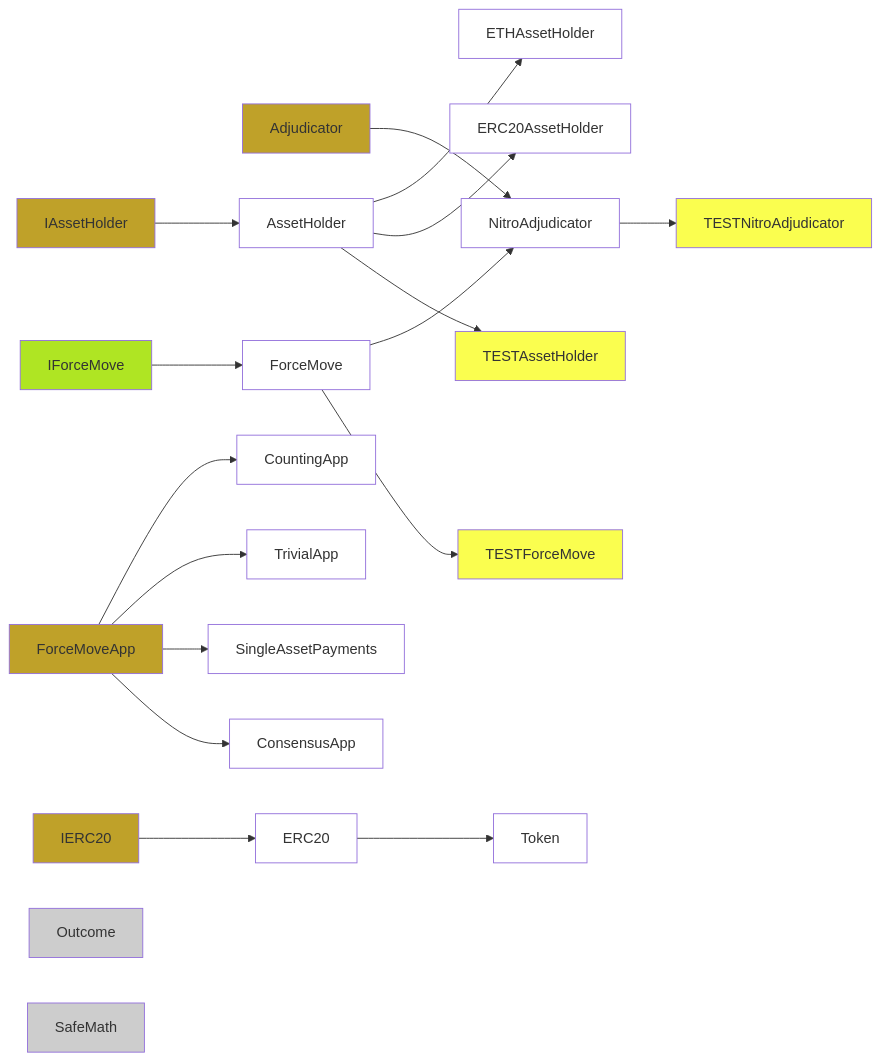
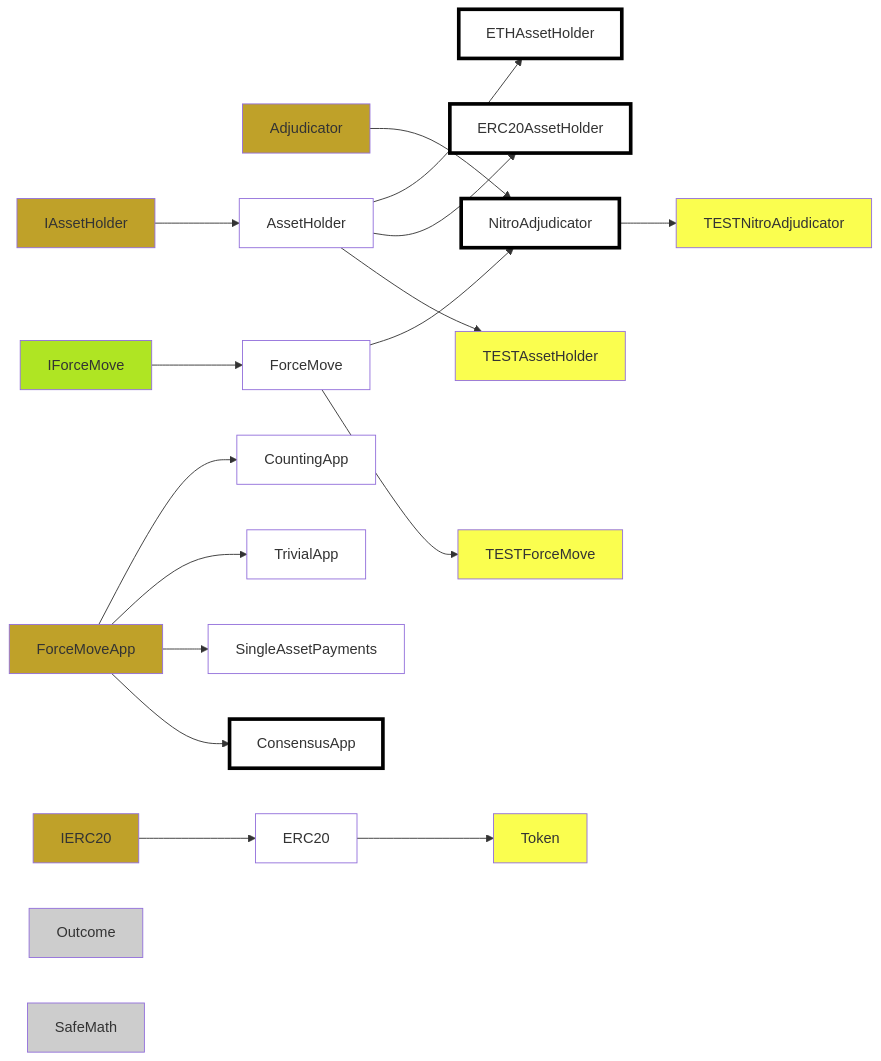
One commit to statechannels/statechannels changed the first of 2 diagrams in packages/nitro-protocol/docs/api/contract-inheritance.md. Above: the diagram before and after it, drawn with Mermaid. The commit also changed other lines of this file, not shown here.

Commit message:
Improve contract inheritance diagram
hyperlinks from nodes to api doc pages
highlight deployed contracts

```diff
--- a/packages/nitro-protocol/docs/api/contract-inheritance.md
+++ b/packages/nitro-protocol/docs/api/contract-inheritance.md
@@ -8,50 +8,73 @@
 <div class="mermaid" align="center">
 graph LR
 linkStyle default interpolate basis
 Adjudicator
 AssetHolder
 ConsensusApp
 CountingApp
 ERC20
 ERC20AssetHolder
 ETHAssetHolder
 ForceMove
 ForceMoveApp
 IAssetHolder
 IERC20
 IForceMove
 NitroAdjudicator
 Outcome
 SafeMath
 SingleAssetPayments
 TESTAssetHolder
 TESTForceMove
 TESTNitroAdjudicator
 Token
 TrivialApp
 IForceMove--> ForceMove
 Adjudicator--> NitroAdjudicator
 ForceMove--> NitroAdjudicator
 IAssetHolder--> AssetHolder
 AssetHolder-->ETHAssetHolder
 AssetHolder-->ERC20AssetHolder
 ForceMove-->TESTForceMove
 NitroAdjudicator--> TESTNitroAdjudicator
 AssetHolder-->TESTAssetHolder
 ForceMoveApp-->CountingApp
 ForceMoveApp-->TrivialApp
 ForceMoveApp-->SingleAssetPayments
 ForceMoveApp-->ConsensusApp
 IERC20-->ERC20
 ERC20-->Token
 classDef Contract fill:#ffffff;
+classDef DeployedContract fill:#ffffff,stroke:#000000,stroke-width:4px;
 classDef Abstract fill:#afe523;
 classDef Interface fill:#bfa129;
 classDef TestContract fill:#fafe4f;
 classDef Library fill:#bbbb;
 class Outcome,SafeMath Library;
 class IForceMove Abstract;
 class Adjudicator,IAssetHolder,ForceMoveApp,IERC20 Interface;
-class NitroAdjudicator,ForceMove,AssetHolder,ETHAssetHolder,ERC20AssetHolder,SingleAssetPayments,TrivialApp,CountingApp,ERC20,Token,ConsensusApp Contract;
-class TESTForceMove,TESTNitroAdjudicator,TESTAssetHolder TestContract;
+class ForceMove,AssetHolder,ETHAssetHolder,ERC20AssetHolder,SingleAssetPayments,TrivialApp,CountingApp,ERC20,ConsensusApp Contract;
+class TESTForceMove,TESTNitroAdjudicator,TESTAssetHolder,Token TestContract;
+class NitroAdjudicator,ETHAssetHolder,ERC20AssetHolder,ConsensusApp DeployedContract;
+click Adjudicator "../natspec/Adjudicator";
+click AssetHolder "../natspec/AssetHolder";
+click ConsensusApp "../natspec/ConsensusApp";
+click CountingApp "../natspec/CountingApp";
+click ERC20 "../natspec/ERC20";
+click ERC20AssetHolder "../natspec/ERC20AssetHolder";
+click ETHAssetHolder "../natspec/ETHAssetHolder";
+click ForceMove "../natspec/ForceMove";
+click ForceMoveApp "../natspec/ForceMoveApp";
+click IAssetHolder "../natspec/IAssetHolder";
+click IERC20 "../natspec/IERC20";
+click IForceMove "../natspec/IForceMove";
+click NitroAdjudicator "../natspec/NitroAdjudicator";
+click Outcome "../natspec/Outcome";
+click SafeMath "../natspec/SafeMath";
+click SingleAssetPayments "../natspec/SingleAssetPayments";
+click TESTAssetHolder "../natspec/TESTAssetHolder";
+click TESTForceMove "../natspec/TESTForceMove";
+click TESTNitroAdjudicator "../natspec/TESTNitroAdjudicator";
+click Token "../natspec/Token";
+click TrivialApp "../natspec/TrivialApp";
 </div>
```
